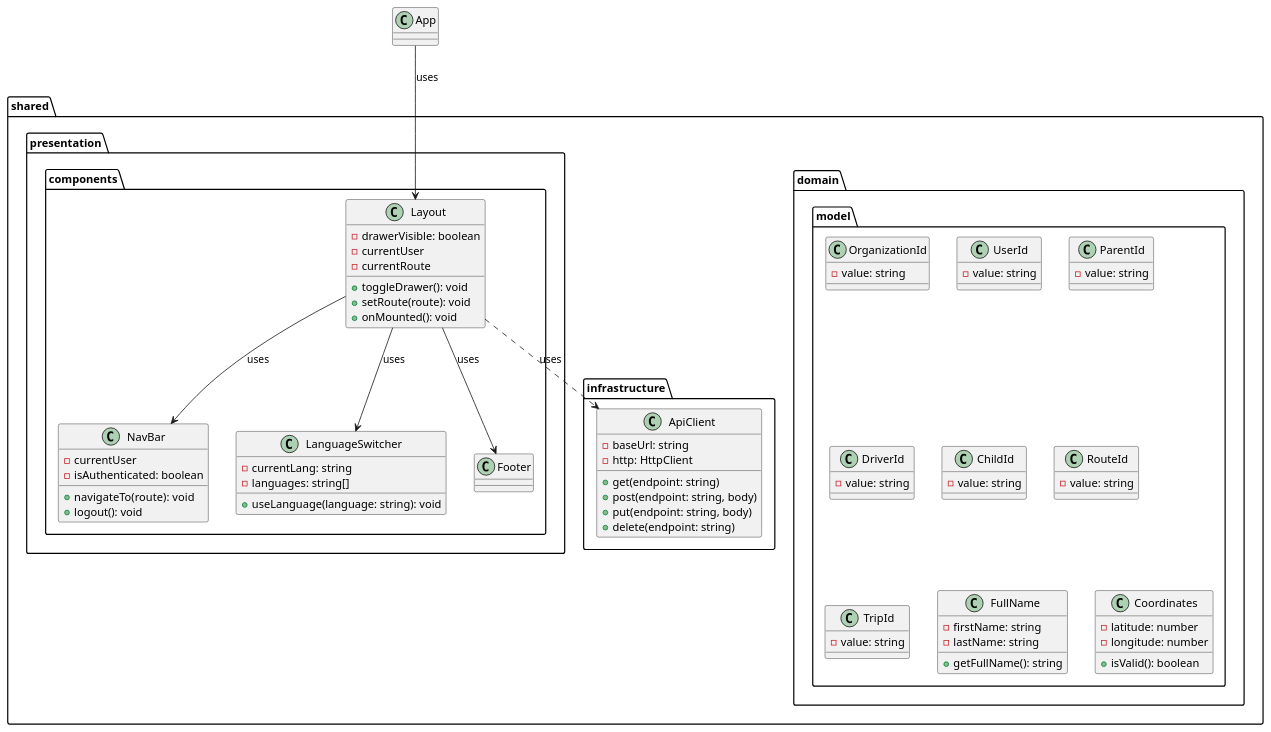
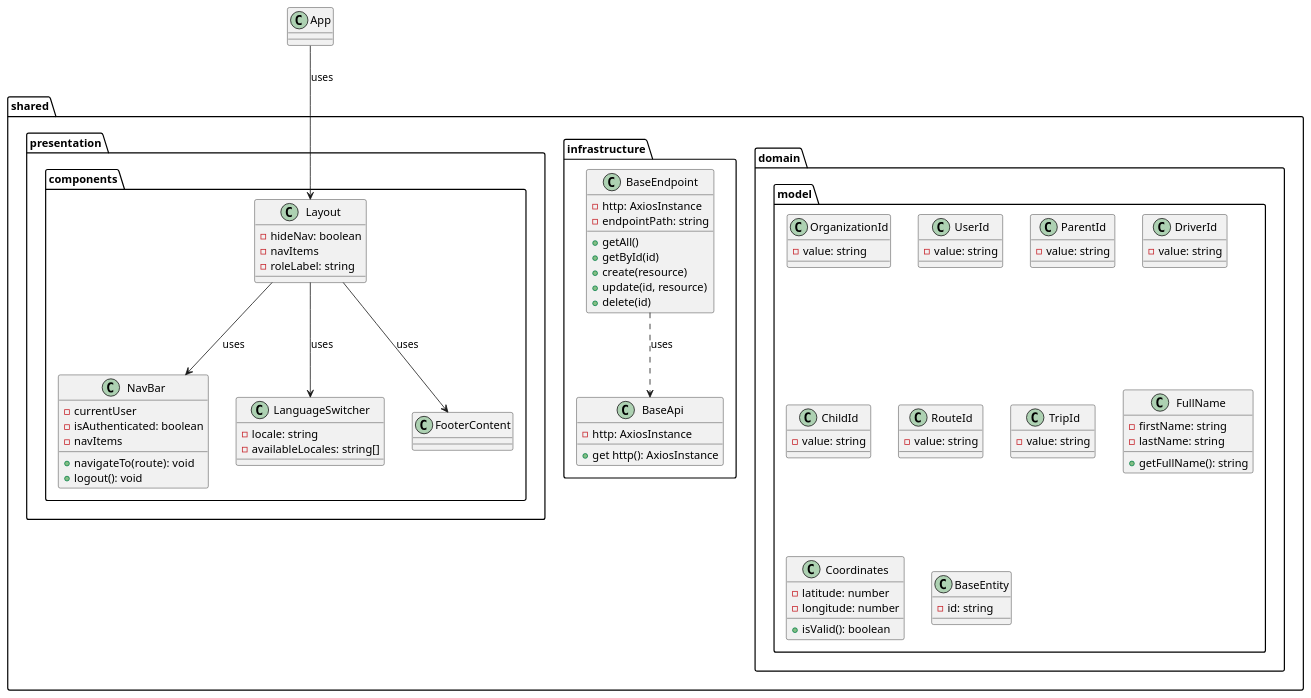
The diagram in saferoute/docs/vue-saferoute-shared.puml (upc-pre-202610-1asi0730-12053-powertech/saferoute-webapp), drawn with PlantUML before and after one commit. The commit also changed 5 other files, not shown here.

Commit message:
docs: update diagrams

```diff
--- a/saferoute/docs/vue-saferoute-shared.puml
+++ b/saferoute/docs/vue-saferoute-shared.puml
@@ -1,82 +1,87 @@
 @startuml
 skinparam monochrome false
 
 package "shared.domain.model" {
   class OrganizationId {
     - value: string
   }
   class UserId {
     - value: string
   }
   class ParentId {
     - value: string
   }
   class DriverId {
     - value: string
   }
   class ChildId {
     - value: string
   }
   class RouteId {
     - value: string
   }
   class TripId {
     - value: string
   }
   class FullName {
     - firstName: string
     - lastName: string
     + getFullName(): string
   }
   class Coordinates {
     - latitude: number
     - longitude: number
     + isValid(): boolean
   }
+  class BaseEntity {
+    - id: string
+  }
 }
 
 package "shared.infrastructure" {
-  class ApiClient {
-    - baseUrl: string
-    - http: HttpClient
-    + get(endpoint: string)
-    + post(endpoint: string, body)
-    + put(endpoint: string, body)
-    + delete(endpoint: string)
+  class BaseApi {
+    - http: AxiosInstance
+    + get http(): AxiosInstance
+  }
+  class BaseEndpoint {
+    - http: AxiosInstance
+    - endpointPath: string
+    + getAll()
+    + getById(id)
+    + create(resource)
+    + update(id, resource)
+    + delete(id)
   }
 }
 
 package "shared.presentation.components" {
   class Layout {
-    - drawerVisible: boolean
-    - currentUser
-    - currentRoute
-    + toggleDrawer(): void
-    + setRoute(route): void
-    + onMounted(): void
+    - hideNav: boolean
+    - navItems
+    - roleLabel: string
   }
   class NavBar {
     - currentUser
     - isAuthenticated: boolean
+    - navItems
     + navigateTo(route): void
     + logout(): void
   }
   class LanguageSwitcher {
-    - currentLang: string
-    - languages: string[]
-    + useLanguage(language: string): void
+    - locale: string
+    - availableLocales: string[]
   }
-  class Footer {
+  class FooterContent {
     ' static content
   }
 }
 
 class App
 
 App --> Layout : uses
 Layout --> NavBar : uses
 Layout --> LanguageSwitcher : uses
-Layout --> Footer : uses
-Layout ..> "shared.infrastructure.ApiClient" : uses
+Layout --> FooterContent : uses
+BaseEndpoint ..> BaseApi : uses
 
 @enduml
```
